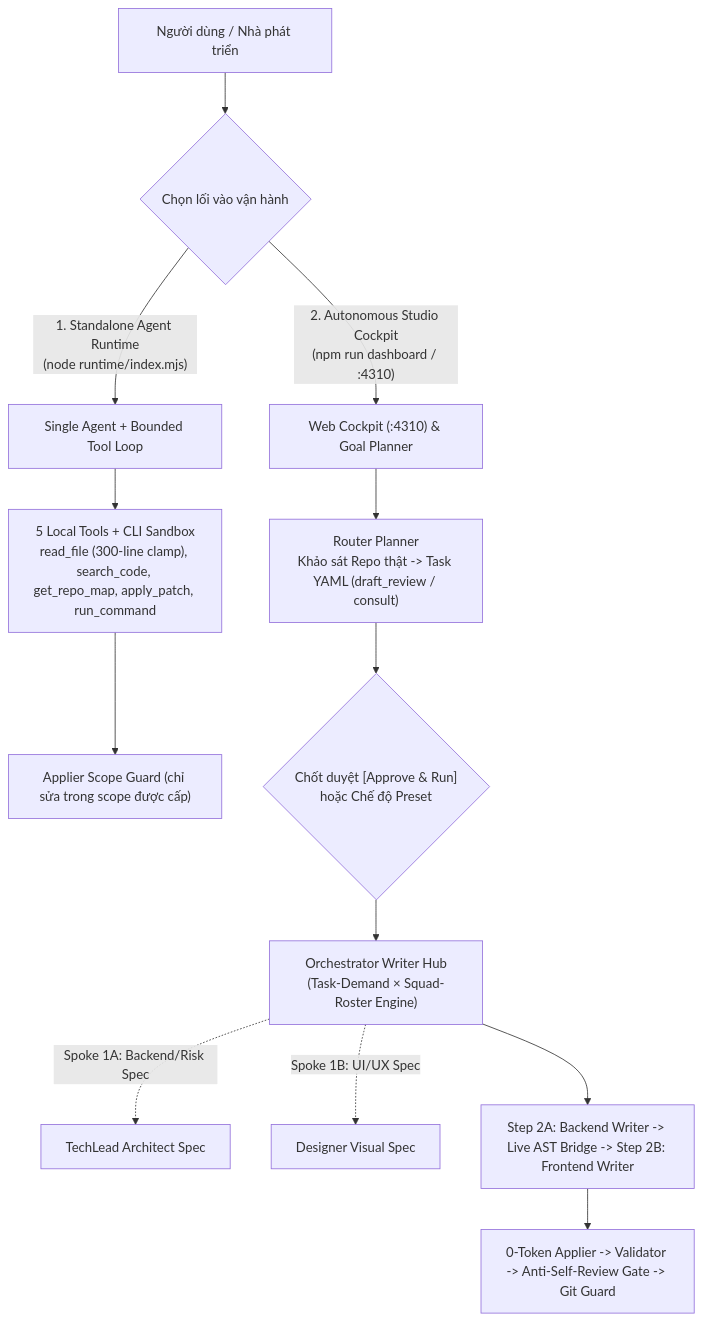
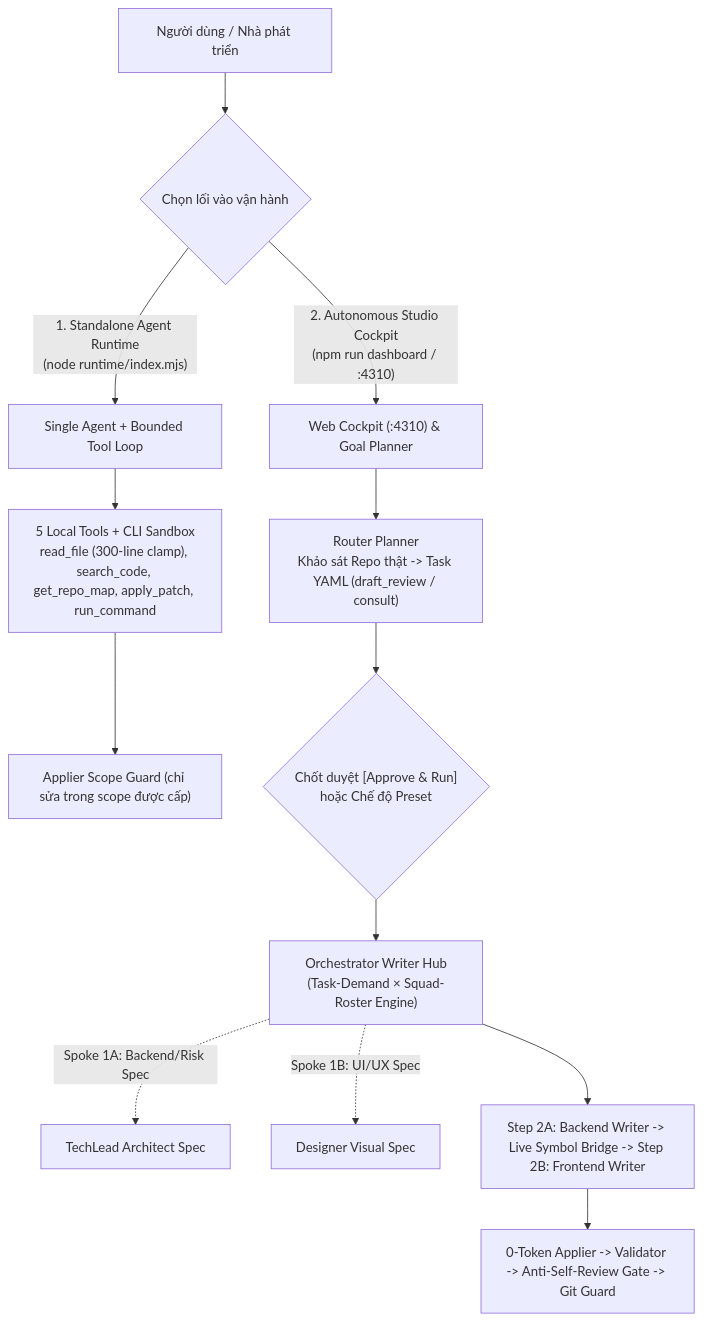
The diagram in README.md (QuanHuynh123/minimal-agent-orchestrator), drawn with Mermaid before and after one commit. The commit also changed other lines of this file and 7 other files, not shown here.

````diff
--- a/README.md
+++ b/README.md
@@ -53,20 +53,20 @@
 ```mermaid
 flowchart TD
     User["Người dùng / Nhà phát triển"] --> Choice{"Chọn lối vào vận hành"}
     
     %% Lối vào 1
     Choice -- "1. Standalone Agent Runtime\n(node runtime/index.mjs)" --> Runtime["Single Agent + Bounded Tool Loop"]
     Runtime --> Tools["5 Local Tools + CLI Sandbox\nread_file (300-line clamp), search_code, get_repo_map, apply_patch, run_command"]
     Tools --> SafeApply["Applier Scope Guard (chỉ sửa trong scope được cấp)"]
     
     %% Lối vào 2
     Choice -- "2. Autonomous Studio Cockpit\n(npm run dashboard / :4310)" --> Cockpit["Web Cockpit (:4310) & Goal Planner"]
     Cockpit --> Decompose["Router Planner\nKhảo sát Repo thật -> Task YAML (draft_review / consult)"]
     Decompose --> HumanGate{"Chốt duyệt [Approve & Run]\nhoặc Chế độ Preset"}
     HumanGate --> Hub["Orchestrator Writer Hub\n(Task-Demand × Squad-Roster Engine)"]
     
     Hub -. "Spoke 1A: Backend/Risk Spec" .-> TechLead["TechLead Architect Spec"]
     Hub -. "Spoke 1B: UI/UX Spec" .-> Designer["Designer Visual Spec"]
-    Hub --> WriterStep["Step 2A: Backend Writer -> Live AST Bridge -> Step 2B: Frontend Writer"]
+    Hub --> WriterStep["Step 2A: Backend Writer -> Live Symbol Bridge -> Step 2B: Frontend Writer"]
     WriterStep --> Gates["0-Token Applier -> Validator -> Anti-Self-Review Gate -> Git Guard"]
 ```
````
